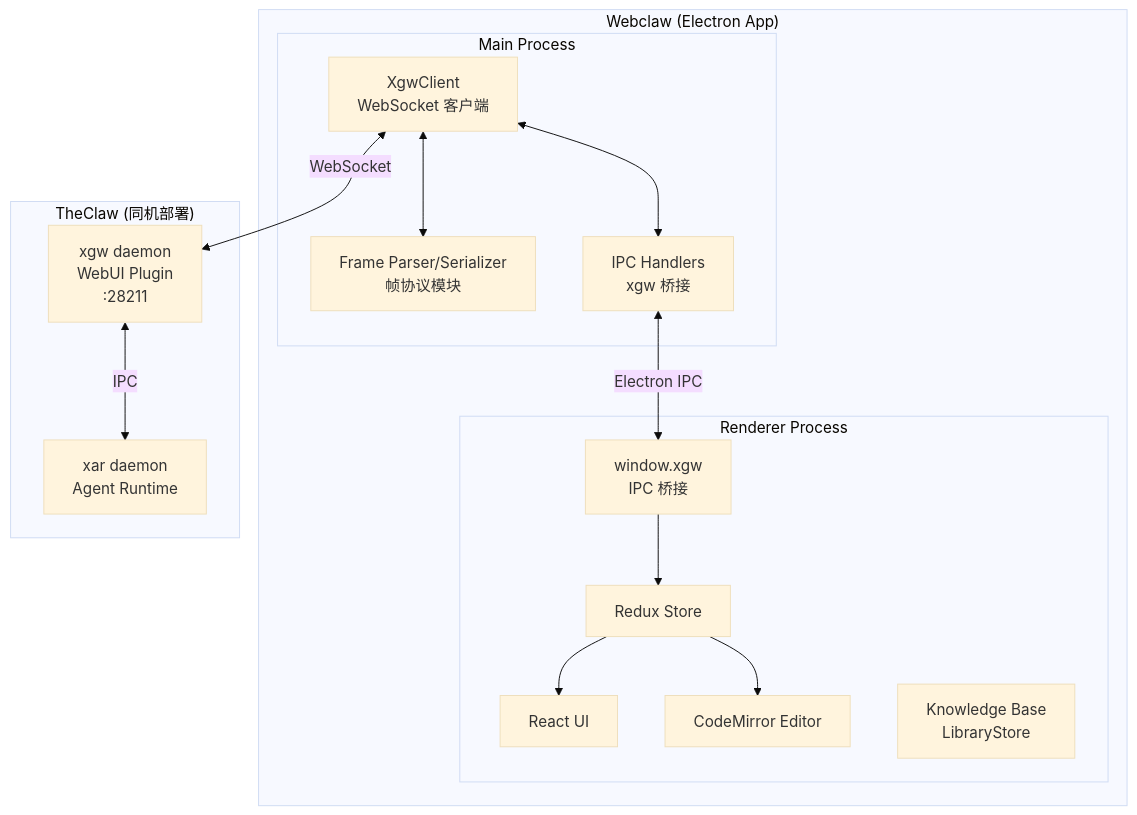
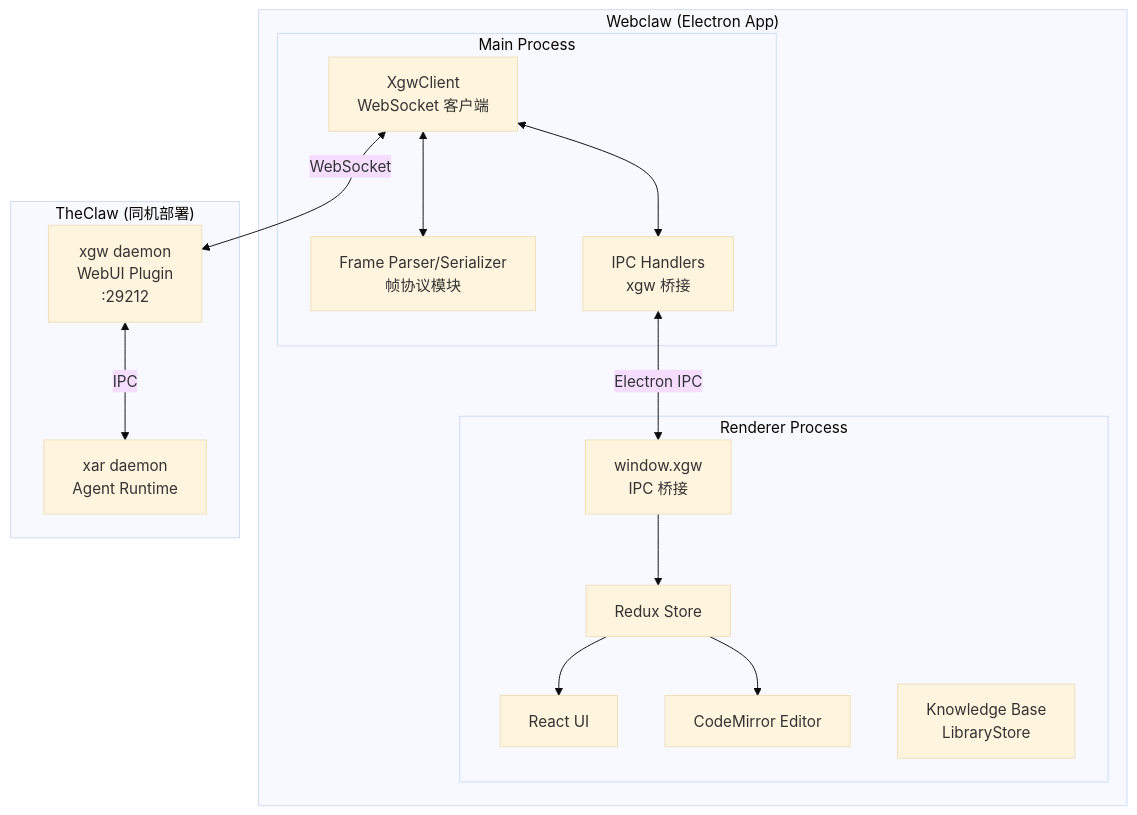
Before and after one commit to OneClawLab/webclaw: the diagram in .kiro/specs/webclaw-client/design.md, drawn with Mermaid (base theme). The commit also changed other lines of this file and 8 other files, not shown here.

````diff
--- a/.kiro/specs/webclaw-client/design.md
+++ b/.kiro/specs/webclaw-client/design.md
@@ -61,31 +61,31 @@
 ```mermaid
 graph TB
     subgraph "Webclaw (Electron App)"
         subgraph "Main Process"
             WC[XgwClient<br/>WebSocket 客户端]
             FP[Frame Parser/Serializer<br/>帧协议模块]
             IPC_M[IPC Handlers<br/>xgw 桥接]
         end
         subgraph "Renderer Process"
             UI[React UI]
             Redux[Redux Store]
             CM[CodeMirror Editor]
             KB[Knowledge Base<br/>LibraryStore]
             IPC_R[window.xgw<br/>IPC 桥接]
         end
         IPC_M <-->|Electron IPC| IPC_R
         WC <--> FP
         WC <--> IPC_M
         IPC_R --> Redux
         Redux --> UI
         Redux --> CM
     end
     
     subgraph "TheClaw (同机部署)"
-        XGW[xgw daemon<br/>WebUI Plugin<br/>:28211]
+        XGW[xgw daemon<br/>WebUI Plugin<br/>:29212]
         XAR[xar daemon<br/>Agent Runtime]
         XGW <-->|IPC| XAR
     end
     
     WC <-->|WebSocket| XGW
 ```
````
